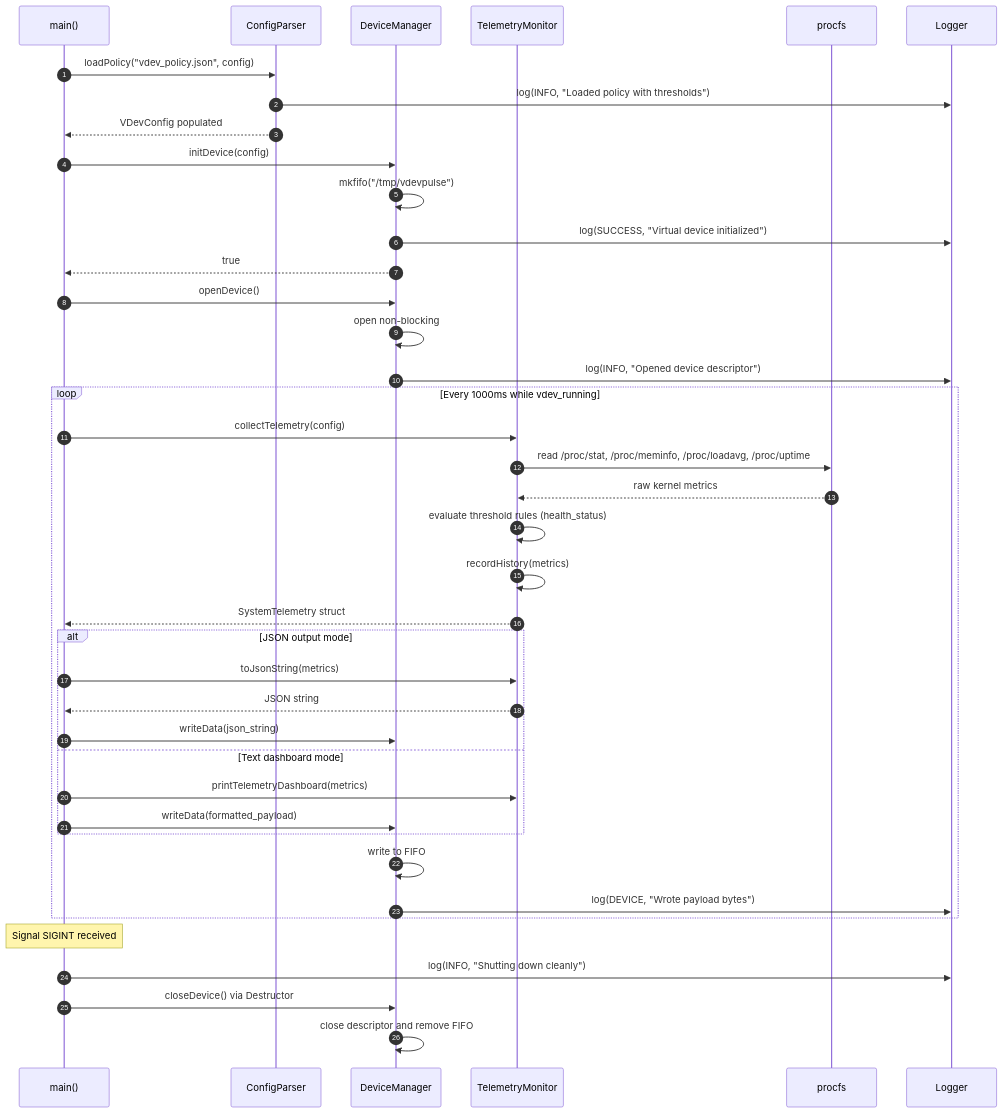
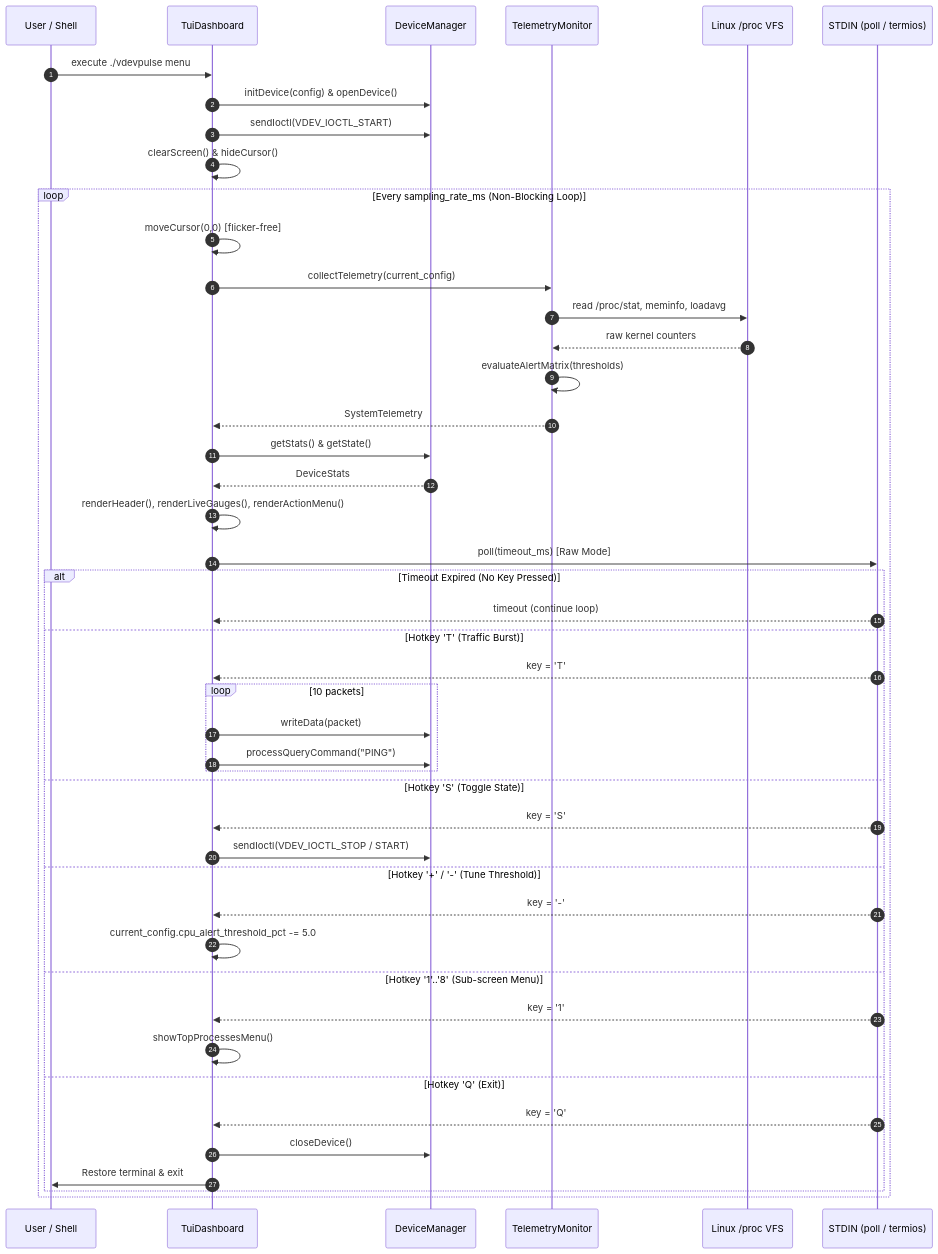
One commit to priyansudas07/Wipro-Embedded-Training changed the second of 4 diagrams in Wipro Individual Project/vdevpulse/docs/stage3_architecture.md. Above: the diagram before and after it, drawn with Mermaid. The commit also changed other lines of this file and 1 other file, not shown here.

Commit message:
Update UML class, sequence, state machine, and component flow diagrams with TUI subsystem

````diff
--- a/Wipro Individual Project/vdevpulse/docs/stage3_architecture.md
+++ b/Wipro Individual Project/vdevpulse/docs/stage3_architecture.md
@@ -198,48 +240,52 @@
 ```mermaid
 sequenceDiagram
     autonumber
-    participant Main as main()
-    participant CFG as ConfigParser
+    participant User as User / Shell
+    participant TUI as TuiDashboard
     participant DEV as DeviceManager
     participant TEL as TelemetryMonitor
-    participant PROC as procfs
-    participant LOG as Logger
+    participant PROC as Linux /proc VFS
+    participant STDIN as STDIN (poll / termios)
 
-    Main->>CFG: loadPolicy("vdev_policy.json", config)
-    CFG->>LOG: log(INFO, "Loaded policy with thresholds")
-    CFG-->>Main: VDevConfig populated
+    User->>TUI: execute ./vdevpulse menu
+    TUI->>DEV: initDevice(config) & openDevice()
+    TUI->>DEV: sendIoctl(VDEV_IOCTL_START)
+    TUI->>TUI: clearScreen() & hideCursor()
 
-    Main->>DEV: initDevice(config)
-    DEV->>DEV: mkfifo("/tmp/vdevpulse")
-    DEV->>LOG: log(SUCCESS, "Virtual device initialized")
-    DEV-->>Main: true
+    loop Every sampling_rate_ms (Non-Blocking Loop)
+        TUI->>TUI: moveCursor(0,0) [flicker-free]
+        TUI->>TEL: collectTelemetry(current_config)
+        TEL->>PROC: read /proc/stat, meminfo, loadavg
+        PROC-->>TEL: raw kernel counters
+        TEL->>TEL: evaluateAlertMatrix(thresholds)
+        TEL-->>TUI: SystemTelemetry
+        TUI->>DEV: getStats() & getState()
+        DEV-->>TUI: DeviceStats
+        TUI->>TUI: renderHeader(), renderLiveGauges(), renderActionMenu()
 
-    Main->>DEV: openDevice()
-    DEV->>DEV: open non-blocking
-    DEV->>LOG: log(INFO, "Opened device descriptor")
-
-    loop Every 1000ms while vdev_running
-        Main->>TEL: collectTelemetry(config)
-        TEL->>PROC: read /proc/stat, /proc/meminfo, /proc/loadavg, /proc/uptime
-        PROC-->>TEL: raw kernel metrics
-        TEL->>TEL: evaluate threshold rules (health_status)
-        TEL->>TEL: recordHistory(metrics)
-        TEL-->>Main: SystemTelemetry struct
-
-        alt JSON output mode
-            Main->>TEL: toJsonString(metrics)
-            TEL-->>Main: JSON string
-            Main->>DEV: writeData(json_string)
-        else Text dashboard mode
-            Main->>TEL: printTelemetryDashboard(metrics)
-            Main->>DEV: writeData(formatted_payload)
+        TUI->>STDIN: poll(timeout_ms) [Raw Mode]
+        
+        alt Timeout Expired (No Key Pressed)
+            STDIN-->>TUI: timeout (continue loop)
+        else Hotkey 'T' (Traffic Burst)
+            STDIN-->>TUI: key = 'T'
+            loop 10 packets
+                TUI->>DEV: writeData(packet)
+                TUI->>DEV: processQueryCommand("PING")
+            end
+        else Hotkey 'S' (Toggle State)
+            STDIN-->>TUI: key = 'S'
+            TUI->>DEV: sendIoctl(VDEV_IOCTL_STOP / START)
+        else Hotkey '+' / '-' (Tune Threshold)
+            STDIN-->>TUI: key = '-'
+            TUI->>TUI: current_config.cpu_alert_threshold_pct -= 5.0
+        else Hotkey '1'..'8' (Sub-screen Menu)
+            STDIN-->>TUI: key = '1'
+            TUI->>TUI: showTopProcessesMenu()
+        else Hotkey 'Q' (Exit)
+            STDIN-->>TUI: key = 'Q'
+            TUI->>DEV: closeDevice()
+            TUI->>User: Restore terminal & exit
         end
-        DEV->>DEV: write to FIFO
-        DEV->>LOG: log(DEVICE, "Wrote payload bytes")
     end
-
-    Note over Main: Signal SIGINT received
-    Main->>LOG: log(INFO, "Shutting down cleanly")
-    Main->>DEV: closeDevice() via Destructor
-    DEV->>DEV: close descriptor and remove FIFO
 ```
````
